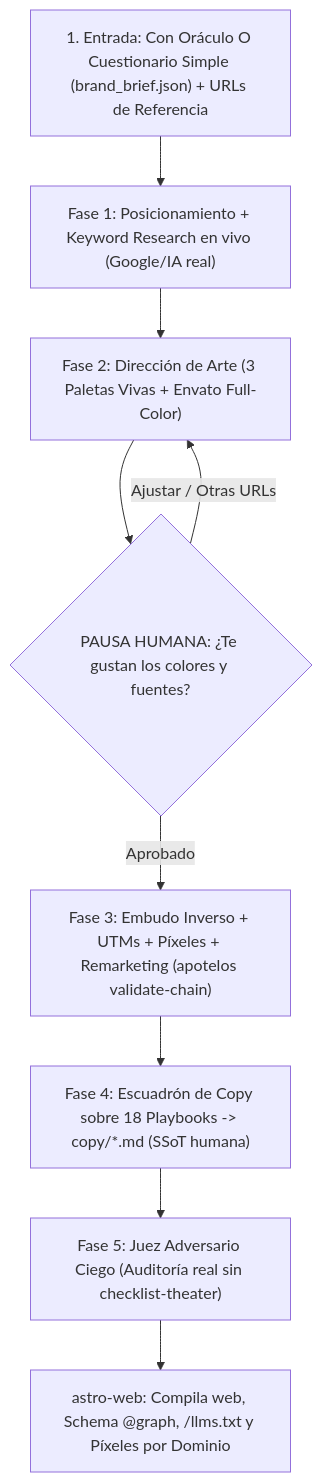
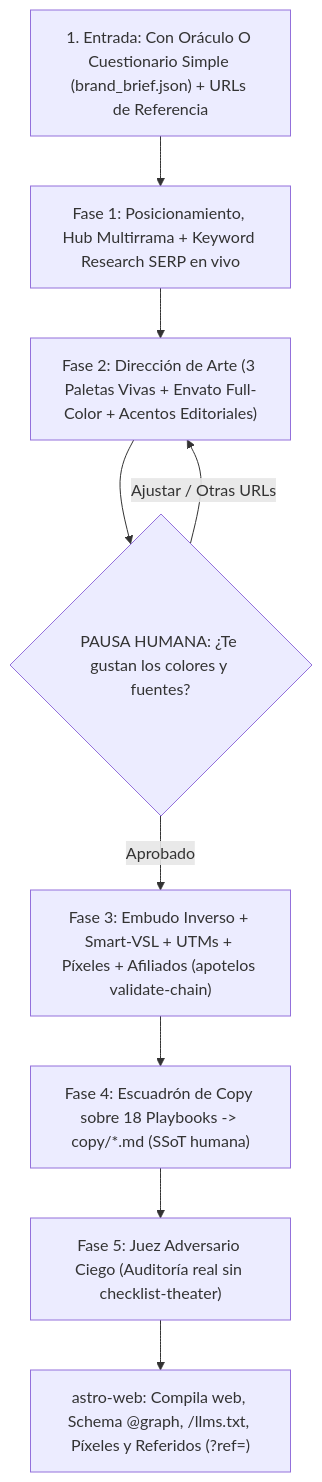
The diagram in blueprints/MANUAL_BRAND_STUDIO.md (baiosfera/zerops-astrobranding), drawn with Mermaid before and after one commit. The commit also changed other lines of this file and 5 other files, not shown here.

Commit message:
feat(brand-studio): add multi-branch hub, smart-vsl, affiliate contract, and lexicon gate

````diff
--- a/blueprints/MANUAL_BRAND_STUDIO.md
+++ b/blueprints/MANUAL_BRAND_STUDIO.md
@@ -9,11 +9,11 @@
 ```mermaid
 flowchart TD
-    IN["1. Entrada: Con Oráculo O Cuestionario Simple (brand_brief.json) + URLs de Referencia"] --> F1["Fase 1: Posicionamiento + Keyword Research en vivo (Google/IA real)"]
-    F1 --> F2["Fase 2: Dirección de Arte (3 Paletas Vivas + Envato Full-Color)"]
+    IN["1. Entrada: Con Oráculo O Cuestionario Simple (brand_brief.json) + URLs de Referencia"] --> F1["Fase 1: Posicionamiento, Hub Multirrama + Keyword Research SERP en vivo"]
+    F1 --> F2["Fase 2: Dirección de Arte (3 Paletas Vivas + Envato Full-Color + Acentos Editoriales)"]
     F2 --> GATE{"PAUSA HUMANA: ¿Te gustan los colores y fuentes?"}
     GATE -- "Ajustar / Otras URLs" --> F2
-    GATE -- "Aprobado" --> F3["Fase 3: Embudo Inverso + UTMs + Píxeles + Remarketing (apotelos validate-chain)"]
+    GATE -- "Aprobado" --> F3["Fase 3: Embudo Inverso + Smart-VSL + UTMs + Píxeles + Afiliados (apotelos validate-chain)"]
     F3 --> F4["Fase 4: Escuadrón de Copy sobre 18 Playbooks -> copy/*.md (SSoT humana)"]
     F4 --> F5["Fase 5: Juez Adversario Ciego (Auditoría real sin checklist-theater)"]
-    F5 --> WEB["astro-web: Compila web, Schema @graph, /llms.txt y Píxeles por Dominio"]
+    F5 --> WEB["astro-web: Compila web, Schema @graph, /llms.txt, Píxeles y Referidos (?ref=)"]
 ```
````
